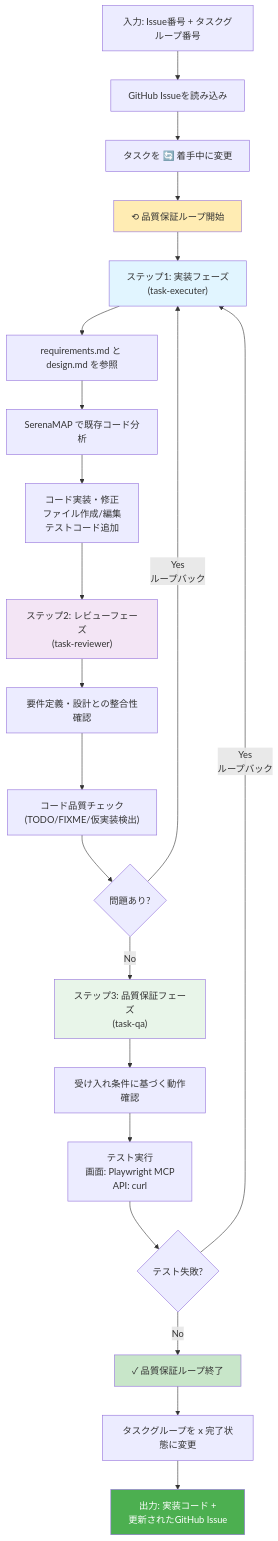
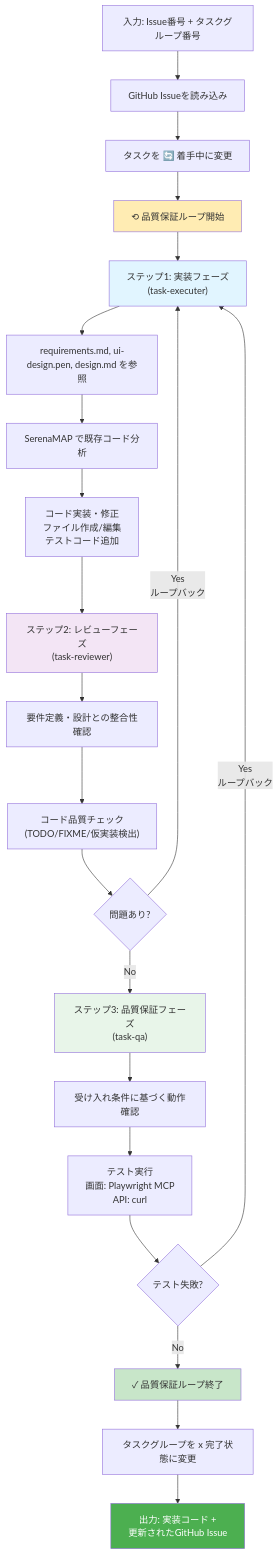
Before and after one commit to einja-inc/einja-management-template: the second of 6 diagrams in docs/einja/instructions/task-execute.md, drawn with Mermaid. The commit also changed other lines of this file and 16 other files, not shown here.

````diff
--- a/docs/einja/instructions/task-execute.md
+++ b/docs/einja/instructions/task-execute.md
@@ -54,35 +54,35 @@
 ```mermaid
 graph TD
     A["入力: Issue番号 + タスクグループ番号"] --> B["GitHub Issueを読み込み"]
     B --> C["タスクを 🔄 着手中に変更"]
 
     C --> LoopStart["⟲ 品質保証ループ開始"]
 
     LoopStart --> D["ステップ1: 実装フェーズ<br/>(task-executer)"]
-    D --> E["requirements.md と design.md を参照"]
+    D --> E["requirements.md, ui-design.pen, design.md を参照"]
     E --> F["SerenaMAP で既存コード分析"]
     F --> G["コード実装・修正<br/>ファイル作成/編集<br/>テストコード追加"]
 
     G --> H["ステップ2: レビューフェーズ<br/>(task-reviewer)"]
     H --> I["要件定義・設計との整合性確認"]
     I --> J["コード品質チェック<br/>(TODO/FIXME/仮実装検出)"]
     J --> K{問題あり?}
     K -->|Yes<br/>ループバック| D
     K -->|No| L["ステップ3: 品質保証フェーズ<br/>(task-qa)"]
 
     L --> M["受け入れ条件に基づく動作確認"]
     M --> N["テスト実行<br/>画面: Playwright MCP<br/>API: curl"]
     N --> O{テスト失敗?}
     O -->|Yes<br/>ループバック| D
     O -->|No| LoopEnd["✓ 品質保証ループ終了"]
 
     LoopEnd --> P["タスクグループを x 完了状態に変更"]
     P --> Q["出力: 実装コード +<br/>更新されたGitHub Issue"]
 
     style LoopStart fill:#ffecb3
     style D fill:#e1f5ff
     style H fill:#f3e5f5
     style L fill:#e8f5e9
     style LoopEnd fill:#c8e6c9
     style Q fill:#4caf50,color:#fff
 ```
````
